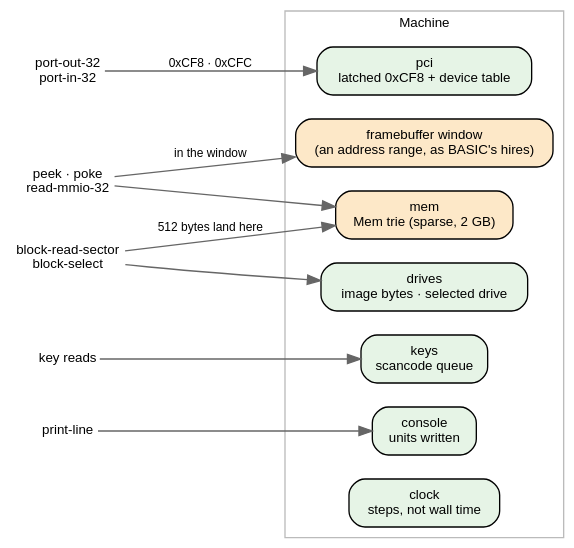
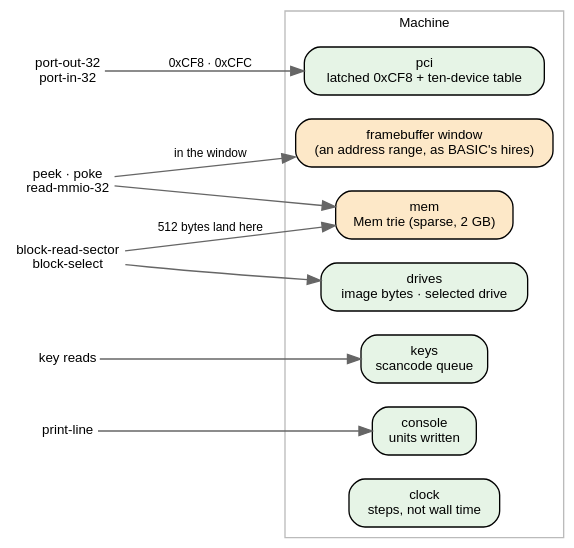
One commit to showell/essay-repl-server changed the fourth of 7 diagrams in notes/roc-machine-emulator.md. Above: the diagram before and after it, drawn with Graphviz. The commit also changed other lines of this file, not shown here.

````diff
--- a/notes/roc-machine-emulator.md
+++ b/notes/roc-machine-emulator.md
@@ -44,29 +177,29 @@
 ```dot
 digraph machine {
   rankdir=LR; bgcolor="transparent"; compound=true;
   node [shape=box style="rounded,filled" fontname="Helvetica" fontsize=10 fillcolor="#ffffff"];
   edge [fontname="Helvetica" fontsize=9 color="#666666"];
 
   peek [label="peek · poke\nread-mmio-32" shape=plain];
   port [label="port-out-32\nport-in-32" shape=plain];
   blk  [label="block-read-sector\nblock-select" shape=plain];
   key  [label="key reads" shape=plain];
   prt  [label="print-line" shape=plain];
 
   subgraph cluster_m {
     label="Machine"; fontname="Helvetica"; fontsize=10; color="#bbbbbb";
     mem  [label="mem\nMem trie (sparse, 2 GB)" fillcolor="#fde8c8"];
     fb   [label="framebuffer window\n(an address range, as BASIC's hires)" fillcolor="#fde8c8"];
-    pci  [label="pci\nlatched 0xCF8 + device table" fillcolor="#e6f4e6"];
+    pci  [label="pci\nlatched 0xCF8 + ten-device table" fillcolor="#e6f4e6"];
     disk [label="drives\nimage bytes · selected drive" fillcolor="#e6f4e6"];
     keys [label="keys\nscancode queue" fillcolor="#e6f4e6"];
     con  [label="console\nunits written" fillcolor="#e6f4e6"];
     clk  [label="clock\nsteps, not wall time" fillcolor="#e6f4e6"];
   }
 
   peek -> mem; peek -> fb [label="in the window"];
   port -> pci [label="0xCF8 · 0xCFC"];
   blk -> disk; blk -> mem [label="512 bytes land here"];
   key -> keys; prt -> con;
 }
 ```
````
